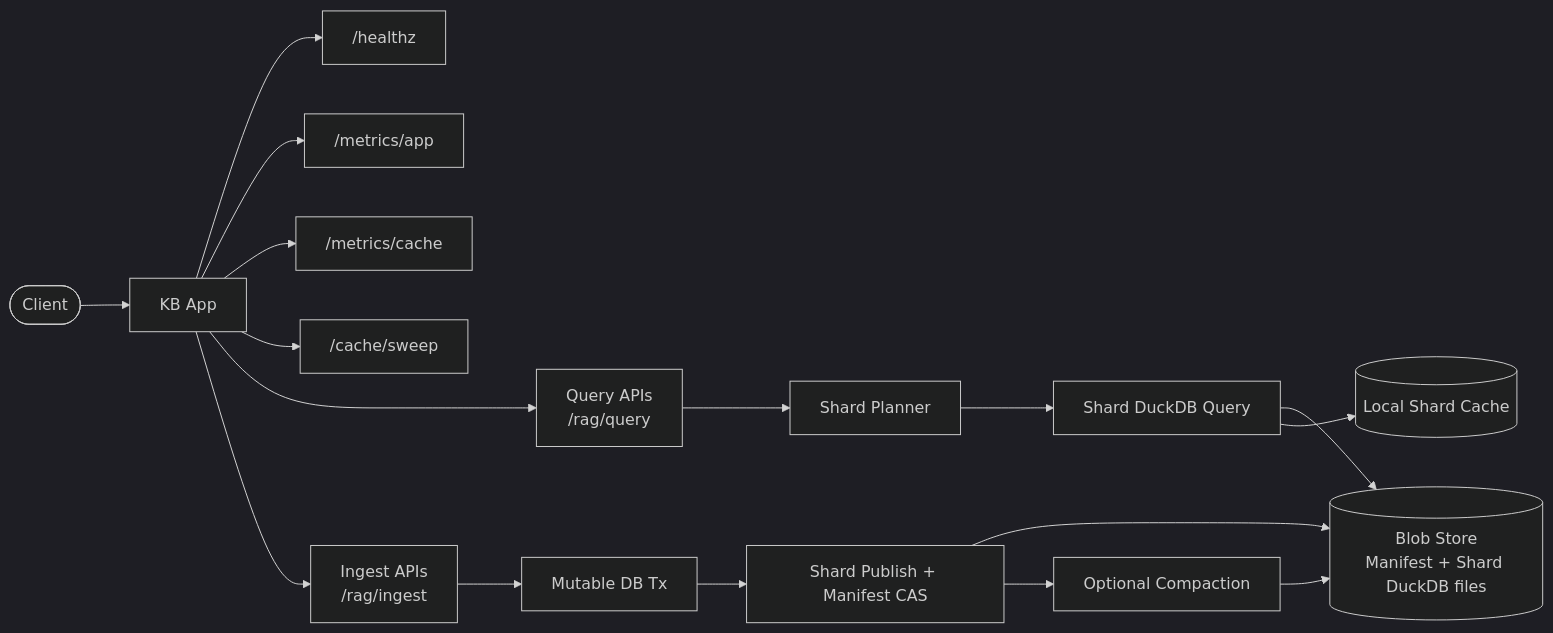
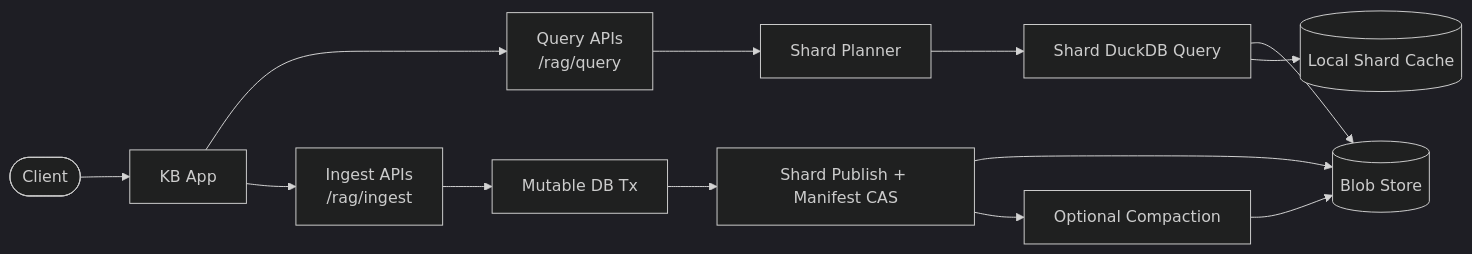
The first of 3 diagrams in docs/architecture.md (mikills/minnow), drawn with Mermaid (dark theme) before and after one commit. The commit also changed other lines of this file and 4 other files, not shown here.

````diff
--- a/docs/architecture.md
+++ b/docs/architecture.md
@@ -5,24 +17,15 @@
 ```mermaid
 flowchart LR
     Client([Client]) --> App["KB App"]
-    App --> Health["/healthz"]
-    App --> MetricsApp["/metrics/app"]
-    App --> MetricsCache["/metrics/cache"]
-    App --> Sweep["/cache/sweep"]
-
     App --> Query["Query APIs\n/rag/query"]
     App --> Ingest["Ingest APIs\n/rag/ingest"]
-
     Query --> Planner["Shard Planner"]
     Planner --> ShardQuery["Shard DuckDB Query"]
-
     Ingest --> Mutate["Mutable DB Tx"]
     Mutate --> Publish["Shard Publish + Manifest CAS"]
-
-    Publish --> Blob[("Blob Store\nManifest + Shard DuckDB files")]
+    Publish --> Blob[("Blob Store")]
     ShardQuery --> Blob
     ShardQuery --> Cache[("Local Shard Cache")]
-
     Publish --> Compaction["Optional Compaction"]
     Compaction --> Blob
 ```
````
